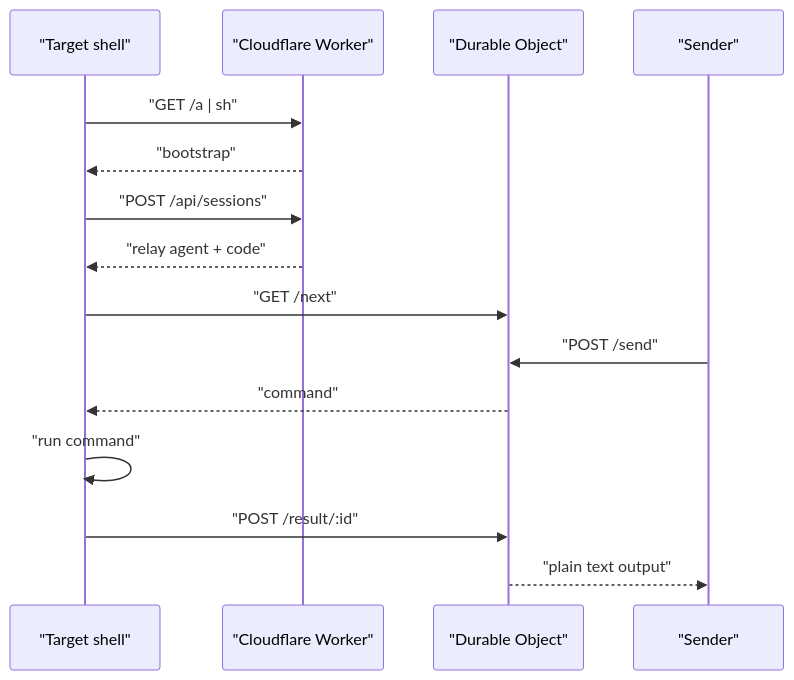
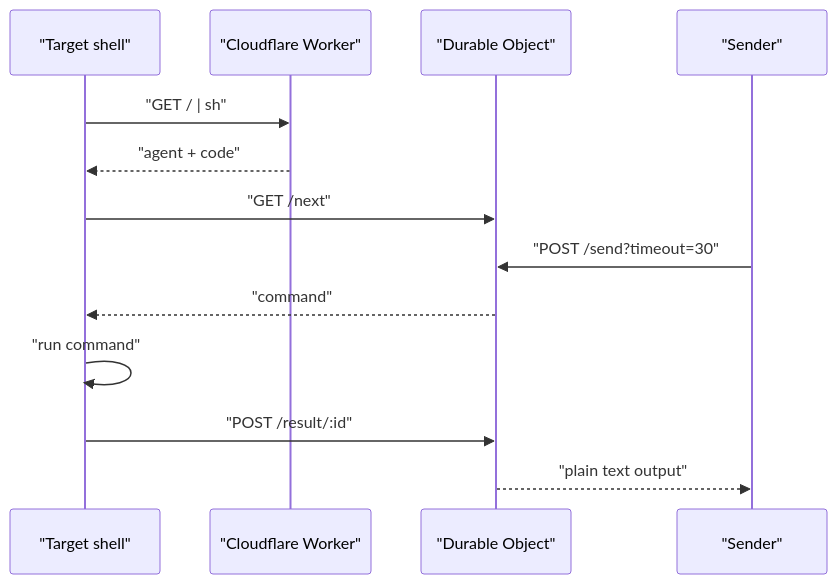
The diagram in README.md (Stoffbergie/shell-over-edge), drawn with Mermaid before and after one commit. The commit also changed other lines of this file and 17 other files, not shown here.

````diff
--- a/README.md
+++ b/README.md
@@ -38,18 +65,16 @@
 ```mermaid
 sequenceDiagram
     participant Target as "Target shell"
     participant Worker as "Cloudflare Worker"
     participant Bridge as "Durable Object"
     participant Sender as "Sender"
 
-    Target->>Worker: "GET /a | sh"
-    Worker-->>Target: "bootstrap"
-    Target->>Worker: "POST /api/sessions"
-    Worker-->>Target: "relay agent + code"
+    Target->>Worker: "GET / | sh"
+    Worker-->>Target: "agent + code"
     Target->>Bridge: "GET /next"
-    Sender->>Bridge: "POST /send"
+    Sender->>Bridge: "POST /send?timeout=30"
     Bridge-->>Target: "command"
     Target->>Target: "run command"
     Target->>Bridge: "POST /result/:id"
     Bridge-->>Sender: "plain text output"
 ```
````
